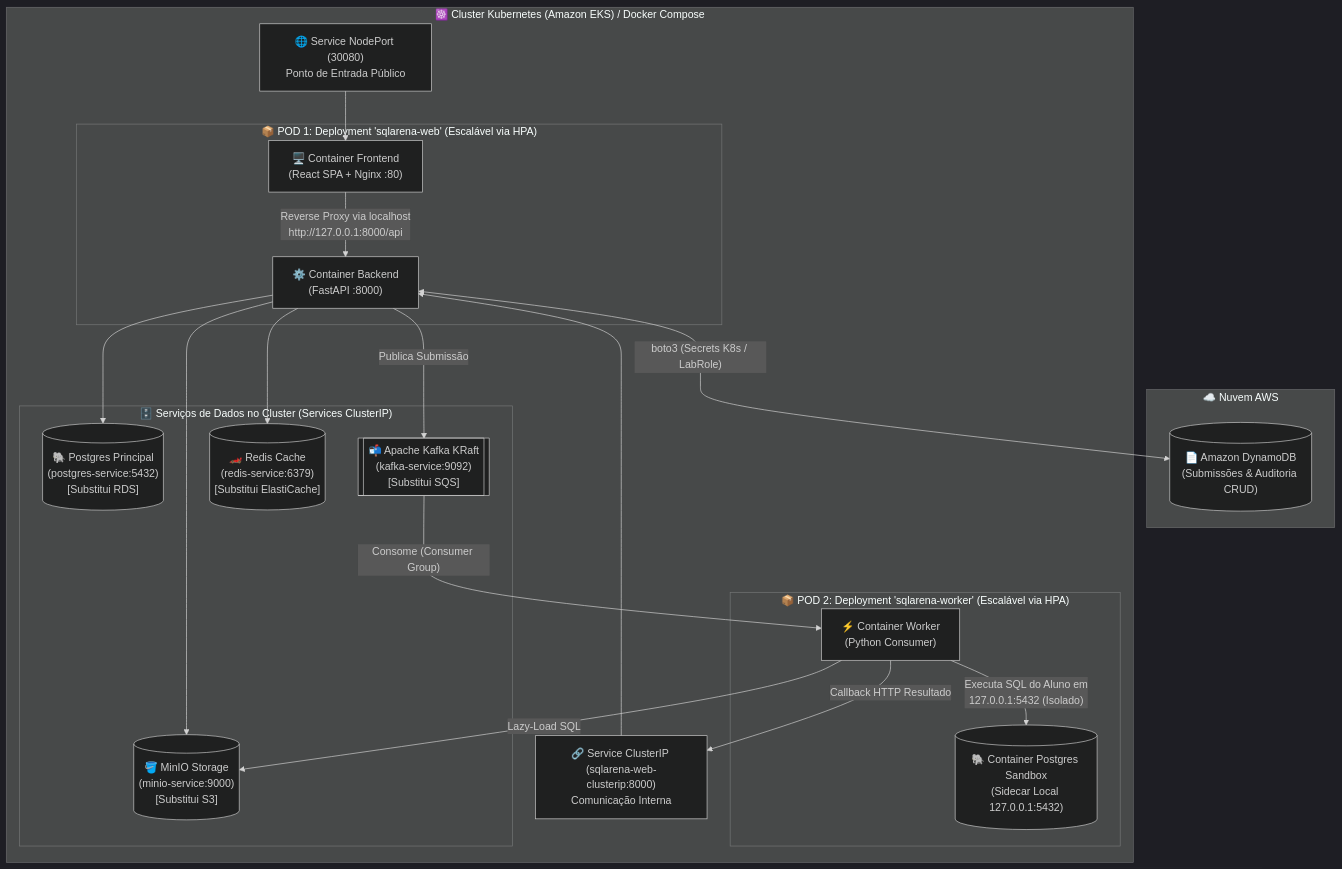
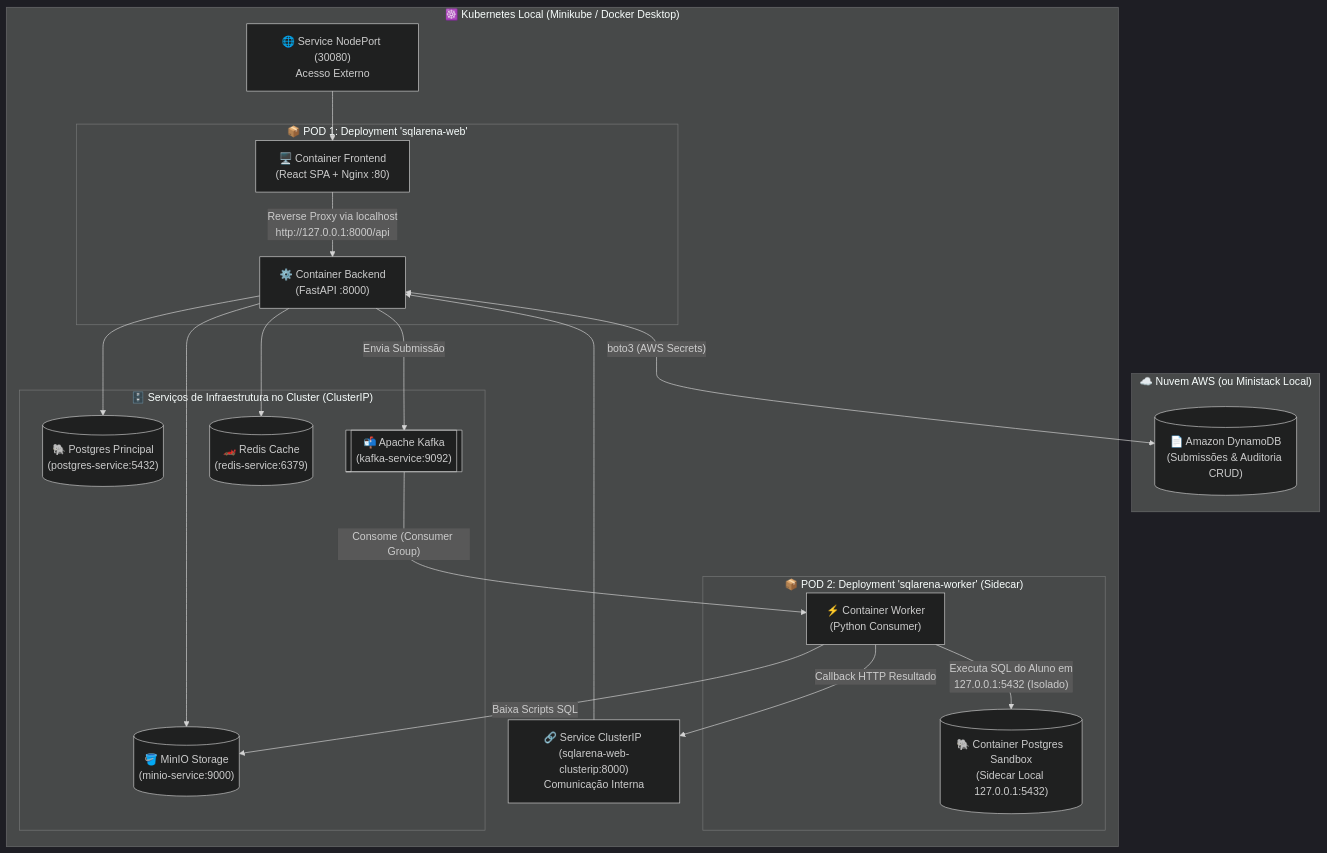
The diagram in README.md (ggustavo/SQLArena), drawn with Mermaid (dark theme) before and after one commit. The commit also changed other lines of this file and 27 other files, not shown here.

Commit message:
refactor(infra): simplifica projeto removendo overengineering de EKS/VPC e focando no Docker Compose local, K8s local e DynamoDB

````diff
--- a/README.md
+++ b/README.md
@@ -31,42 +29,42 @@
 ```mermaid
 flowchart TB
-    subgraph AWS["☁️ Nuvem AWS"]
+    subgraph NuvemAWS["☁️ Nuvem AWS (ou Ministack Local)"]
         Dynamo[("📄 Amazon DynamoDB\n(Submissões & Auditoria CRUD)")]
     end
 
-    subgraph K8S["☸️ Cluster Kubernetes (Amazon EKS) / Docker Compose"]
-        NP["🌐 Service NodePort (30080)\nPonto de Entrada Público"]
+    subgraph ClusterK8s["☸️ Kubernetes Local (Minikube / Docker Desktop)"]
+        NP["🌐 Service NodePort (30080)\nAcesso Externo"]
         CIP["🔗 Service ClusterIP (sqlarena-web-clusterip:8000)\nComunicação Interna"]
 
-        subgraph PodWeb["📦 POD 1: Deployment 'sqlarena-web' (Escalável via HPA)"]
+        subgraph PodWeb["📦 POD 1: Deployment 'sqlarena-web'"]
             FE["🖥️ Container Frontend\n(React SPA + Nginx :80)"]
             BE["⚙️ Container Backend\n(FastAPI :8000)"]
             FE -- "Reverse Proxy via localhost\nhttp://127.0.0.1:8000/api" --> BE
         end
 
-        subgraph PodWorker["📦 POD 2: Deployment 'sqlarena-worker' (Escalável via HPA)"]
+        subgraph PodWorker["📦 POD 2: Deployment 'sqlarena-worker' (Sidecar)"]
             WK["⚡ Container Worker\n(Python Consumer)"]
             PGSB[("🐘 Container Postgres Sandbox\n(Sidecar Local 127.0.0.1:5432)")]
             WK -- "Executa SQL do Aluno em\n127.0.0.1:5432 (Isolado)" --> PGSB
         end
 
-        subgraph InfraServices["🗄️ Serviços de Dados no Cluster (Services ClusterIP)"]
-            PGMain[("🐘 Postgres Principal\n(postgres-service:5432)\n[Substitui RDS]")]
-            MinIO[("🪣 MinIO Storage\n(minio-service:9000)\n[Substitui S3]")]
-            Kafka[["📬 Apache Kafka KRaft\n(kafka-service:9092)\n[Substitui SQS]"]]
-            Redis[("🏎️ Redis Cache\n(redis-service:6379)\n[Substitui ElastiCache]")]
+        subgraph ServicosDados["🗄️ Serviços de Infraestrutura no Cluster (ClusterIP)"]
+            PGMain[("🐘 Postgres Principal\n(postgres-service:5432)")]
+            MinIO[("🪣 MinIO Storage\n(minio-service:9000)")]
+            Kafka[["📬 Apache Kafka\n(kafka-service:9092)"]]
+            Redis[("🏎️ Redis Cache\n(redis-service:6379)")]
         end
 
         NP --> FE
         BE --> PGMain
         BE --> Redis
         BE --> MinIO
-        BE -- "Publica Submissão" --> Kafka
+        BE -- "Envia Submissão" --> Kafka
         Kafka -- "Consome (Consumer Group)" --> WK
-        WK -- "Lazy-Load SQL" --> MinIO
+        WK -- "Baixa Scripts SQL" --> MinIO
         WK -- "Callback HTTP Resultado" --> CIP
         CIP --> BE
     end
 
-    BE <-->|"boto3 (Secrets K8s / LabRole)"| Dynamo
+    BE <-->|"boto3 (AWS Secrets)"| Dynamo
 ```
````
